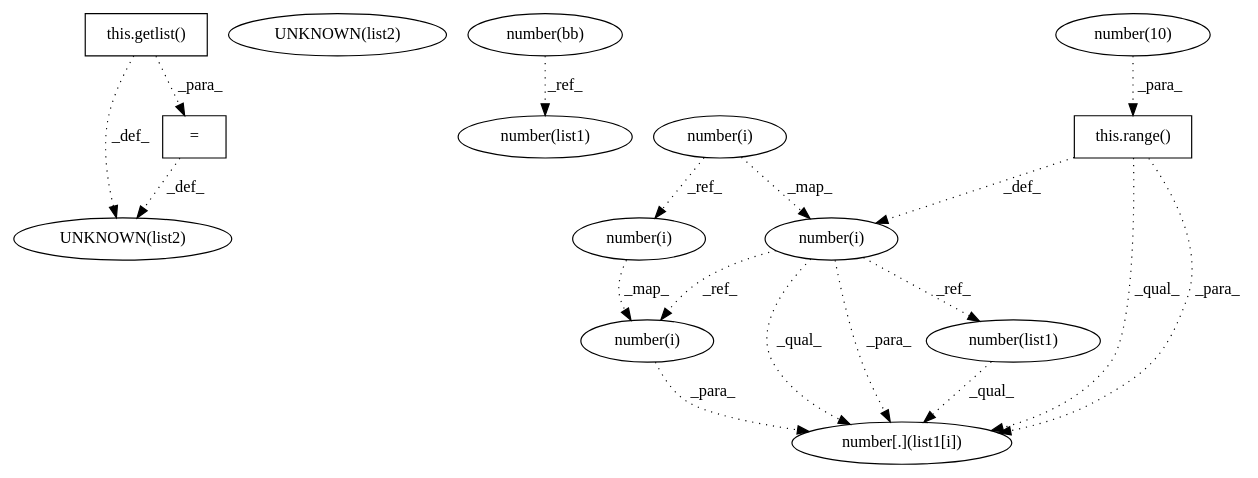
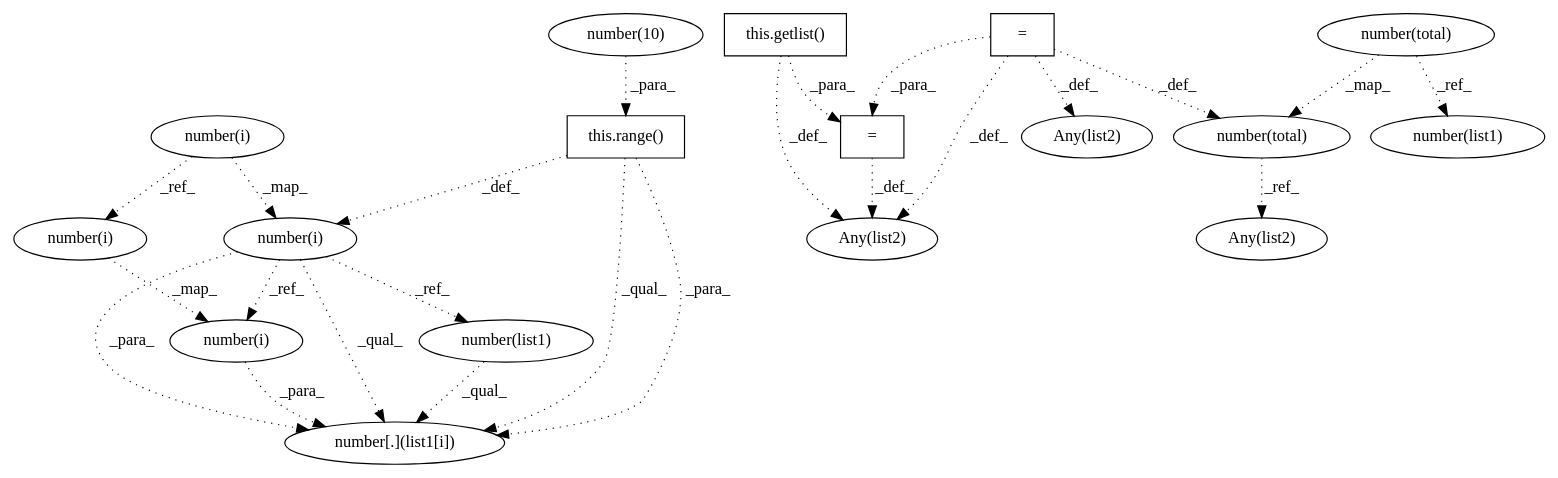
Before and after one commit to maldil/R-CPATMiner: the diagram in AtomicASTChangeMining/OUTPUT/DEBUG/d22187066e12f5638f0a9115eaaab557d40e755e___0.dot, drawn with Graphviz. The commit also changed 76 other files, not shown here.

```diff
--- a/AtomicASTChangeMining/OUTPUT/DEBUG/d22187066e12f5638f0a9115eaaab557d40e755e___0.dot
+++ b/AtomicASTChangeMining/OUTPUT/DEBUG/d22187066e12f5638f0a9115eaaab557d40e755e___0.dot
@@ -1,33 +1,42 @@
 digraph G {
-1 [label="this.getlist()" shape=box]
-2 [label="UNKNOWN(list2)" shape=ellipse]
-3 [label="number(list1)" shape=ellipse]
-4 [label="number(i)" shape=ellipse]
+1 [label="number(i)" shape=ellipse]
+2 [label="=" shape=box]
+3 [label="Any(list2)" shape=ellipse]
+4 [label="number(list1)" shape=ellipse]
 5 [label="number[.](list1[i])" shape=ellipse]
-6 [label="number(list1)" shape=ellipse]
-7 [label="number(bb)" shape=ellipse]
-8 [label="UNKNOWN(list2)" shape=ellipse]
-9 [label="number(i)" shape=ellipse]
-10 [label="number(10)" shape=ellipse]
-11 [label="this.range()" shape=box]
+6 [label="number(i)" shape=ellipse]
+7 [label="=" shape=box]
+8 [label="number(total)" shape=ellipse]
+9 [label="number(10)" shape=ellipse]
+10 [label="this.getlist()" shape=box]
+11 [label="Any(list2)" shape=ellipse]
 12 [label="number(i)" shape=ellipse]
 13 [label="number(i)" shape=ellipse]
-14 [label="=" shape=box]
-7 -> 3 [label="_ref_" style=dotted];
-9 -> 4 [label="_ref_" style=dotted];
-6 -> 5 [label="_qual_" style=dotted];
-13 -> 5 [label="_para_" style=dotted];
-12 -> 5 [label="_qual_" style=dotted];
-11 -> 5 [label="_qual_" style=dotted];
+14 [label="Any(list2)" shape=ellipse]
+15 [label="number(total)" shape=ellipse]
+16 [label="number(list1)" shape=ellipse]
+17 [label="this.range()" shape=box]
+17 -> 1 [label="_def_" style=dotted];
+13 -> 1 [label="_map_" style=dotted];
+7 -> 2 [label="_para_" style=dotted];
+10 -> 2 [label="_para_" style=dotted];
+2 -> 3 [label="_def_" style=dotted];
+7 -> 3 [label="_def_" style=dotted];
+10 -> 3 [label="_def_" style=dotted];
+8 -> 4 [label="_ref_" style=dotted];
+16 -> 5 [label="_qual_" style=dotted];
 12 -> 5 [label="_para_" style=dotted];
-11 -> 5 [label="_para_" style=dotted];
-12 -> 6 [label="_ref_" style=dotted];
-14 -> 8 [label="_def_" style=dotted];
-1 -> 8 [label="_def_" style=dotted];
-10 -> 11 [label="_para_" style=dotted];
-11 -> 12 [label="_def_" style=dotted];
-9 -> 12 [label="_map_" style=dotted];
-12 -> 13 [label="_ref_" style=dotted];
-4 -> 13 [label="_map_" style=dotted];
-1 -> 14 [label="_para_" style=dotted];
+1 -> 5 [label="_para_" style=dotted];
+17 -> 5 [label="_para_" style=dotted];
+1 -> 5 [label="_qual_" style=dotted];
+17 -> 5 [label="_qual_" style=dotted];
+13 -> 6 [label="_ref_" style=dotted];
+7 -> 11 [label="_def_" style=dotted];
+1 -> 12 [label="_ref_" style=dotted];
+6 -> 12 [label="_map_" style=dotted];
+15 -> 14 [label="_ref_" style=dotted];
+7 -> 15 [label="_def_" style=dotted];
+8 -> 15 [label="_map_" style=dotted];
+1 -> 16 [label="_ref_" style=dotted];
+9 -> 17 [label="_para_" style=dotted];
 }
```
